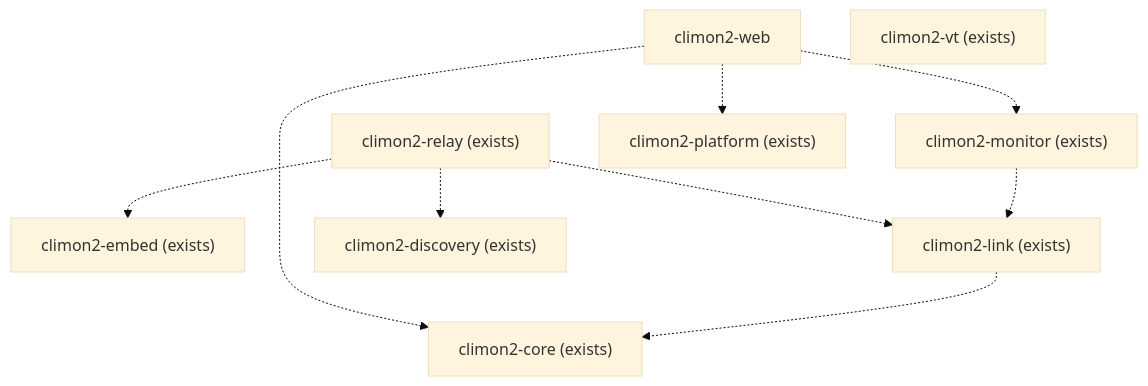
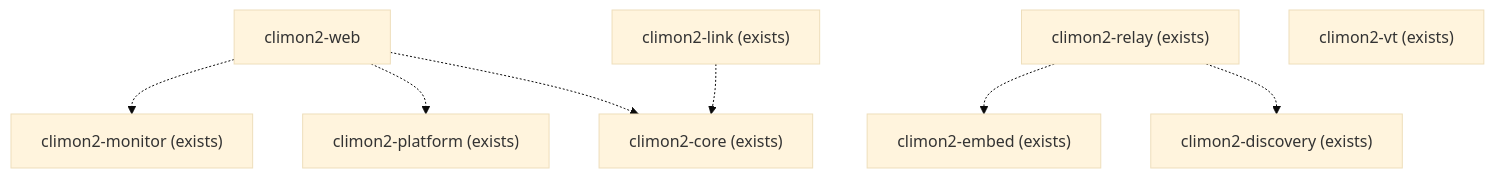
The second of 3 diagrams in docs/for-humans/architecture/crate-relationships.md (jackgeek/climon2), drawn with Mermaid (base theme) before and after one commit. The commit also changed other lines of this file and 10 other files, not shown here.

````diff
--- a/docs/for-humans/architecture/crate-relationships.md
+++ b/docs/for-humans/architecture/crate-relationships.md
@@ -84,21 +86,19 @@
 ```mermaid
 flowchart TB
     web["climon2-web"]
     relay["climon2-relay (exists)"]
     monitor["climon2-monitor (exists)"]
     embed["climon2-embed (exists)"]
     link["climon2-link (exists)"]
     discovery["climon2-discovery (exists)"]
     platform["climon2-platform (exists)"]
     core["climon2-core (exists)"]
     vt["climon2-vt (exists)"]
 
     web -.-> monitor
     web -.-> platform
     web -.-> core
     relay -.-> embed
-    relay -.-> link
     relay -.-> discovery
-    monitor -.-> link
     link -.-> core
 ```
````
